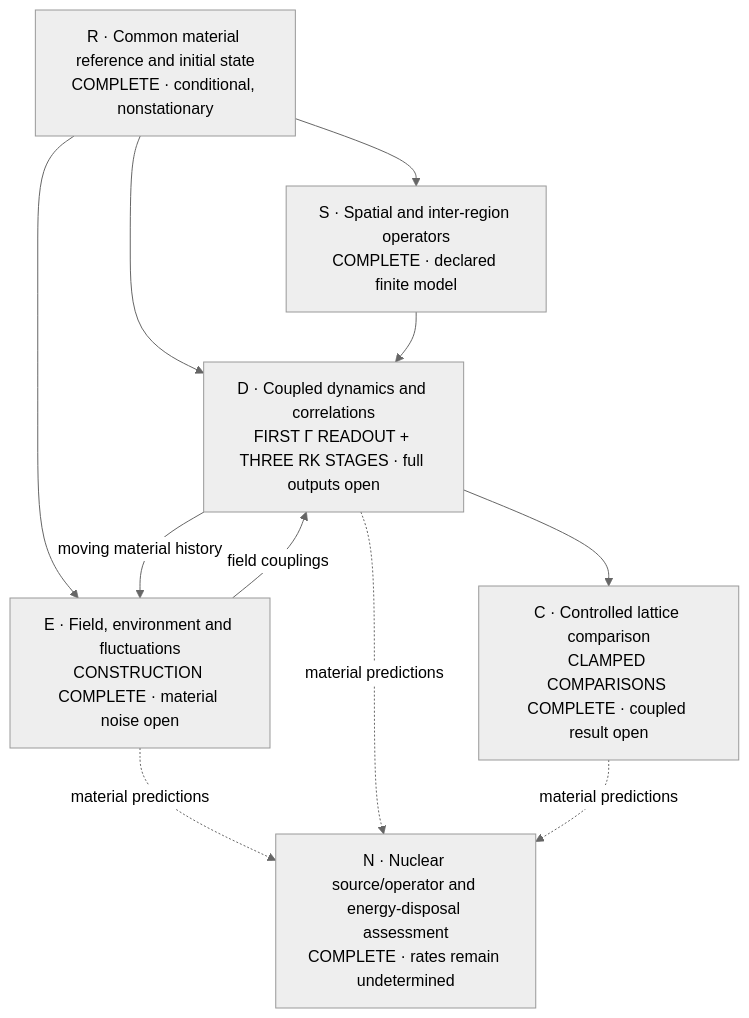
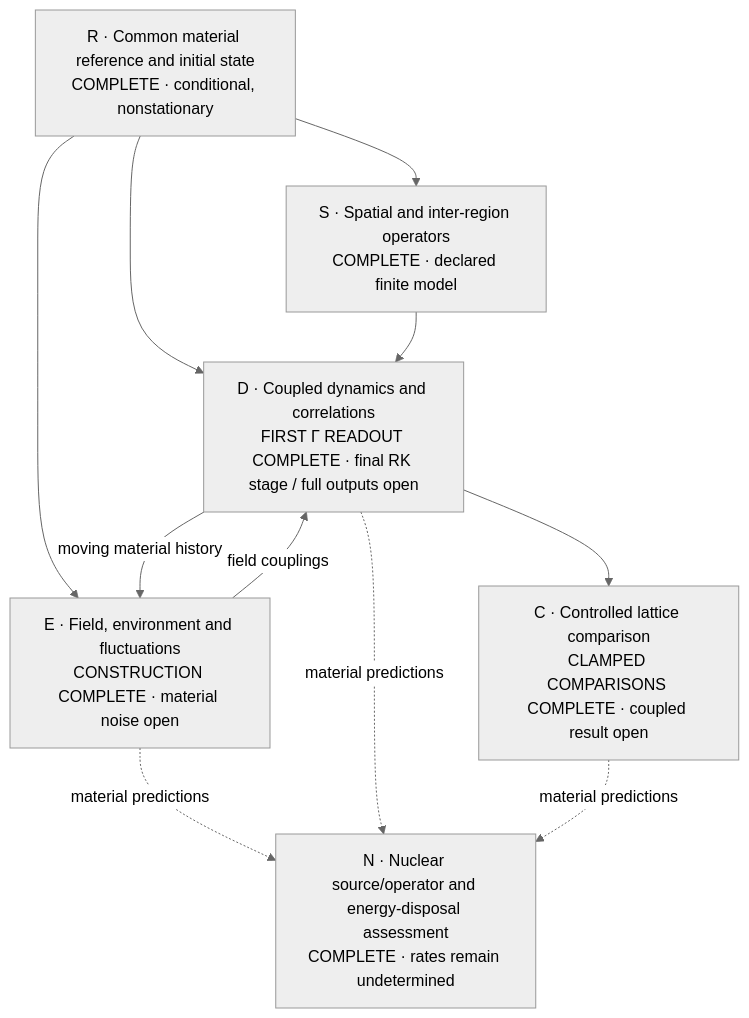
Before and after one commit to giuliano-vantasner/substrate-framework: the first of 2 diagrams in proposals/P254-ni-collective-response/SOLUTION.md, drawn with Mermaid (neutral theme). The commit also changed other lines of this file and 12 other files, not shown here.

Commit message:
Bank actual final-stage global context and enter the final RK stage

````diff
--- a/proposals/P254-ni-collective-response/SOLUTION.md
+++ b/proposals/P254-ni-collective-response/SOLUTION.md
@@ -16,19 +16,19 @@
 ```mermaid
 flowchart TD
     R["R · Common material reference and initial state\nCOMPLETE · conditional, nonstationary"]
     S["S · Spatial and inter-region operators\nCOMPLETE · declared finite model"]
     E["E · Field, environment and fluctuations\nCONSTRUCTION COMPLETE · material noise open"]
-    D["D · Coupled dynamics and correlations\nFIRST Γ READOUT + THREE RK STAGES · full outputs open"]
+    D["D · Coupled dynamics and correlations\nFIRST Γ READOUT COMPLETE · final RK stage / full outputs open"]
     C["C · Controlled lattice comparison\nCLAMPED COMPARISONS COMPLETE · coupled result open"]
     N["N · Nuclear source/operator and energy-disposal assessment\nCOMPLETE · rates remain undetermined"]
     R --> S
     R --> E
     R --> D
     S --> D
     E -- "field couplings" --> D
     D -- "moving material history" --> E
     D --> C
     E -. "material predictions" .-> N
     D -. "material predictions" .-> N
     C -. "material predictions" .-> N
 ```
````
